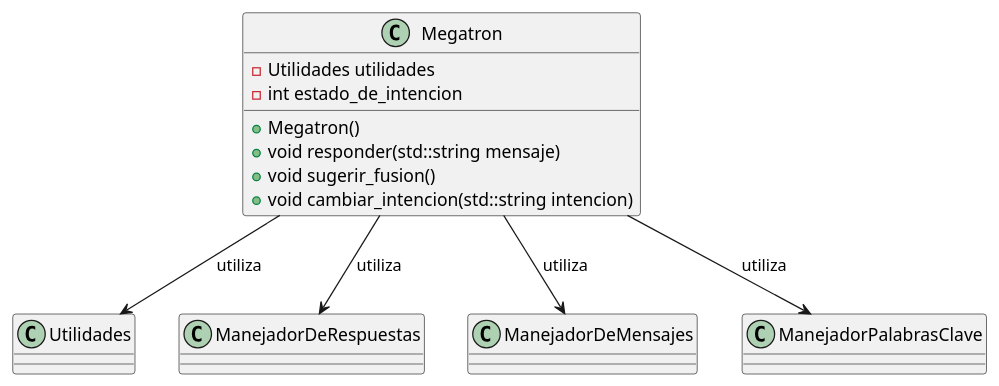
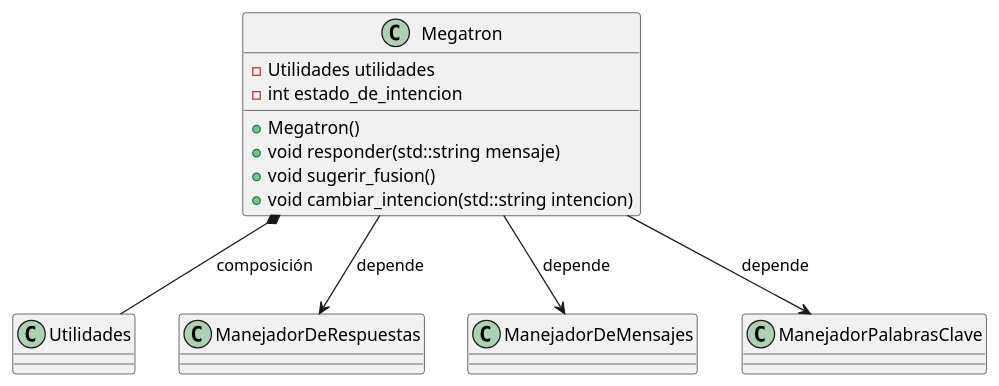
The diagram in Diagramas-UML/Megatron.puml (guillsil/Transformers-Game), drawn with PlantUML before and after one commit. The commit also changed 8 other files, not shown here.

```diff
--- a/Diagramas-UML/Megatron.puml
+++ b/Diagramas-UML/Megatron.puml
@@ -1,26 +1,26 @@
 @startuml
 'https://plantuml.com/class-diagram
 
 class Utilidades
 class ManejadorDeRespuestas
 class ManejadorDeMensajes
 class ManejadorPalabrasClave
 
 class Megatron {
     - Utilidades utilidades
     - int estado_de_intencion
 
     + Megatron()
     + void responder(std::string mensaje)
     + void sugerir_fusion()
     + void cambiar_intencion(std::string intencion)
 }
 
 ' Relaciones
-Megatron --> Utilidades : "utiliza"
-Megatron --> ManejadorDeMensajes : "utiliza"
-Megatron --> ManejadorPalabrasClave : "utiliza"
-Megatron --> ManejadorDeRespuestas : "utiliza"
+Megatron *-- Utilidades : "composición"
+Megatron --> ManejadorDeMensajes : "depende"
+Megatron --> ManejadorPalabrasClave : "depende"
+Megatron --> ManejadorDeRespuestas : "depende"
 
 
 @enduml
```
